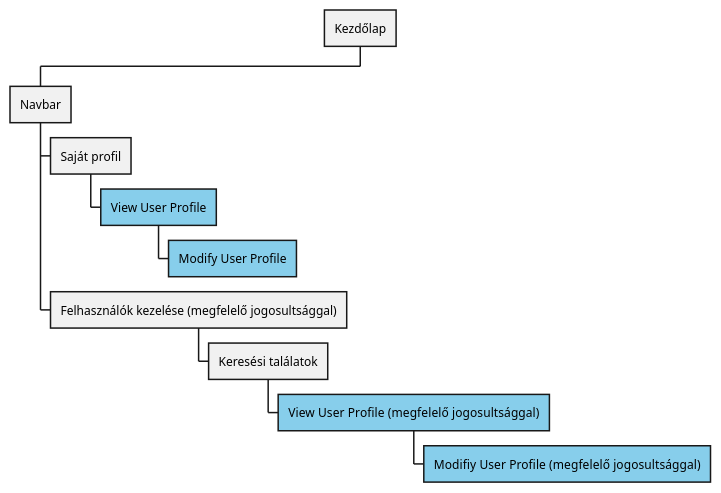
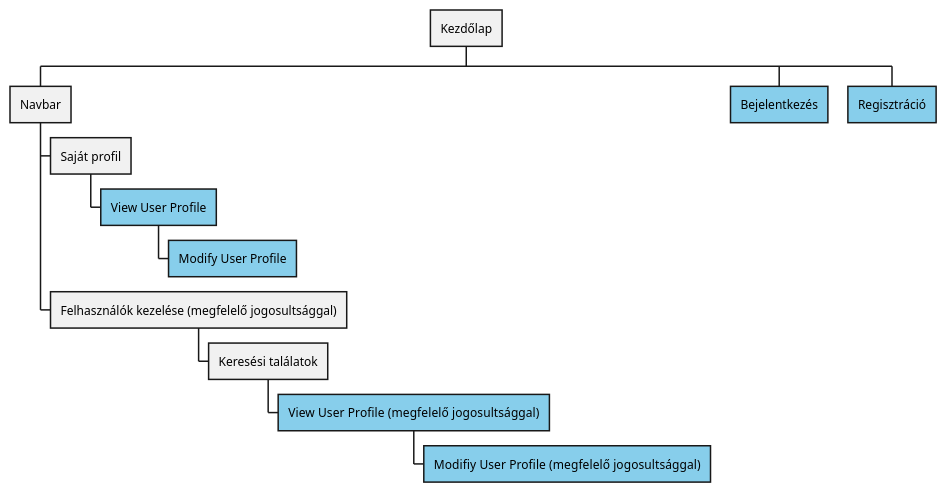
Before and after one commit to Vizsgaremek-borosd-dekanycs/srs-docs: the second of 6 diagrams in Writerside/topics/Funkcionális-Követelmények-SRS.md, drawn with PlantUML. The commit also changed other lines of this file, not shown here.

````diff
--- a/Writerside/topics/Funkcionális-Követelmények-SRS.md
+++ b/Writerside/topics/Funkcionális-Követelmények-SRS.md
@@ -20,13 +20,16 @@
 ```plantuml
 @startwbs
 * Kezdőlap
 ** Navbar
 *** Saját profil
 ****[#SkyBlue] View User Profile
 *****[#SkyBlue] Modify User Profile
 *** Felhasználók kezelése (megfelelő jogosultsággal)
 **** Keresési találatok
 *****[#SkyBlue] View User Profile  (megfelelő jogosultsággal)
 ******[#SkyBlue] Modifiy User Profile  (megfelelő jogosultsággal)
+**[#SkyBlue] Bejelentkezés
+**[#SkyBlue] Regisztráció
+
 @endwbs
 ```
````
